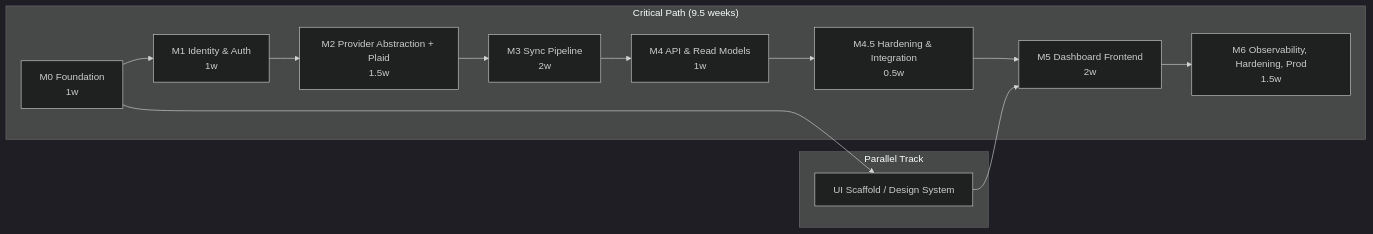
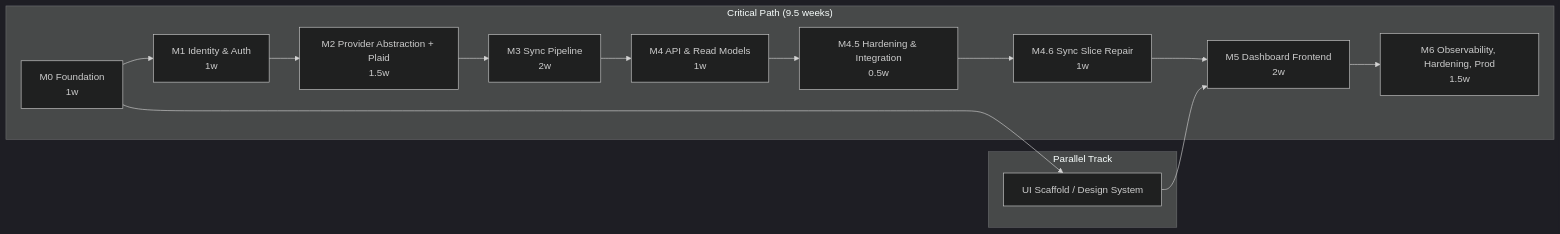
One commit to kylerpbyrd/byrdos changed the first of 2 diagrams in docs/roadmap/milestones.md. Above: the diagram before and after it, drawn with Mermaid (dark theme). The commit also changed other lines of this file and 44 other files, not shown here.

First line of the commit message:
feat(m4.6): repair connect->sync->display vertical slice

````diff
--- a/docs/roadmap/milestones.md
+++ b/docs/roadmap/milestones.md
@@ -19,18 +19,19 @@
 ```mermaid
 flowchart LR
     subgraph Critical["Critical Path (9.5 weeks)"]
         M0["M0 Foundation<br/>1w"] --> M1["M1 Identity & Auth<br/>1w"]
         M1 --> M2["M2 Provider Abstraction + Plaid<br/>1.5w"]
         M2 --> M3["M3 Sync Pipeline<br/>2w"]
         M3 --> M4["M4 API & Read Models<br/>1w"]
         M4 --> M4P5["M4.5 Hardening & Integration<br/>0.5w"]
-        M4P5 --> M5["M5 Dashboard Frontend<br/>2w"]
+        M4P5 --> M4P6["M4.6 Sync Slice Repair<br/>1w"]
+        M4P6 --> M5["M5 Dashboard Frontend<br/>2w"]
         M5 --> M6["M6 Observability, Hardening, Prod<br/>1.5w"]
     end
 
     subgraph Parallel["Parallel Track"]
         M0 --> UI["UI Scaffold / Design System"]
     end
 
     UI --> M5
 ```
````
